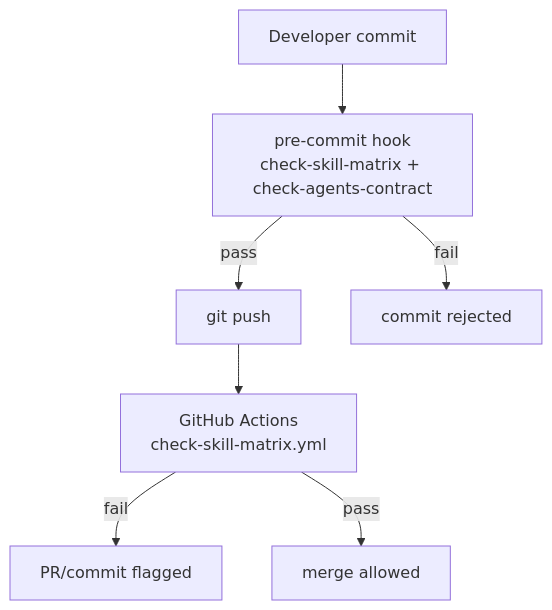
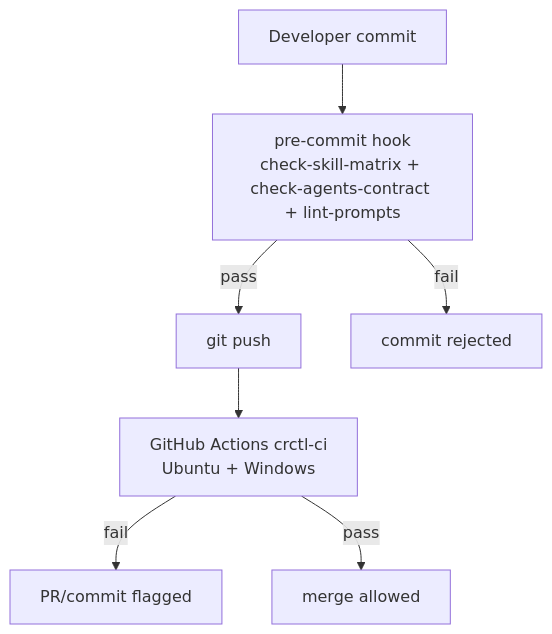
The diagram in openwiki/operations/ci-guards.md (OldBoy405/AI-First-tools), drawn with Mermaid before and after one commit. The commit also changed other lines of this file and 11 other files, not shown here.

Commit message:
docs: add cr-coordinator-agent leader actor to skill matrix + reword OpenWiki guidance, refresh openwiki pages (incl. new crctl-transactions.md)

````diff
--- a/openwiki/operations/ci-guards.md
+++ b/openwiki/operations/ci-guards.md
@@ -14,9 +29,9 @@
 ```mermaid
 flowchart TD
-    DEV["Developer commit"] --> PRE["pre-commit hook<br/>check-skill-matrix + check-agents-contract"]
+    DEV["Developer commit"] --> PRE["pre-commit hook<br/>check-skill-matrix + check-agents-contract + lint-prompts"]
     PRE -->|pass| PUSH["git push"]
     PRE -->|fail| BLOCK["commit rejected"]
-    PUSH --> CI["GitHub Actions<br/>check-skill-matrix.yml"]
+    PUSH --> CI["GitHub Actions crctl-ci<br/>Ubuntu + Windows"]
     CI -->|fail| ALERT["PR/commit flagged"]
     CI -->|pass| OK["merge allowed"]
 ```
````
